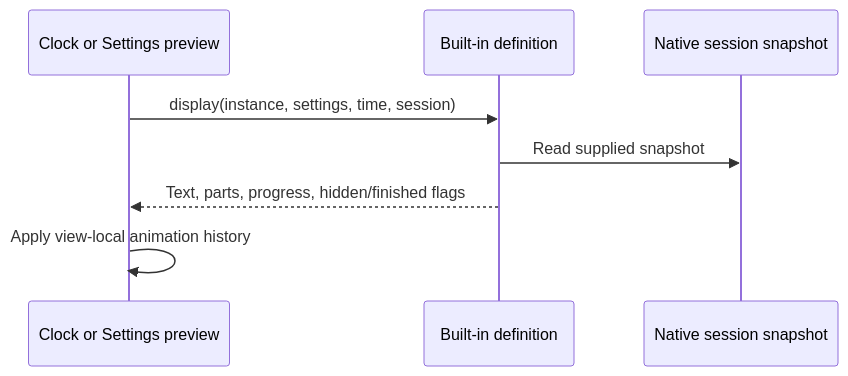
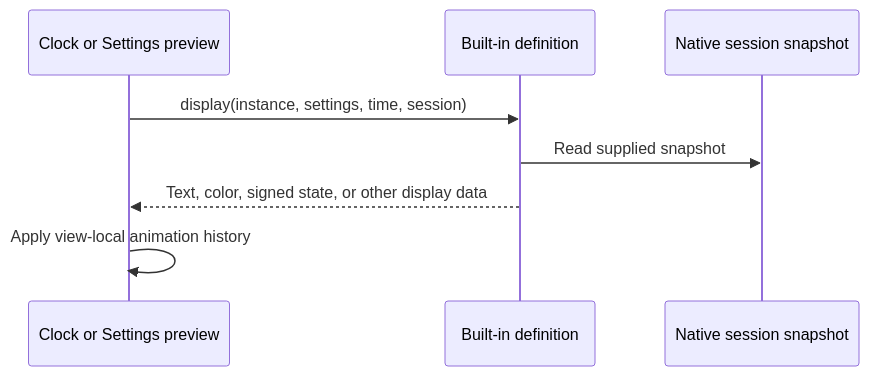
The second of 2 diagrams in src/addons/builtins/doc/workflow_diagram.md (tbkmax/TopClock), drawn with Mermaid before and after one commit. The commit also changed other lines of this file and 18 other files, not shown here.

````diff
--- a/src/addons/builtins/doc/workflow_diagram.md
+++ b/src/addons/builtins/doc/workflow_diagram.md
@@ -39,10 +39,10 @@
 ```mermaid
 sequenceDiagram
     participant Clock as Clock or Settings preview
     participant Registry as Built-in definition
     participant Native as Native session snapshot
     Clock->>Registry: display(instance, settings, time, session)
     Registry->>Native: Read supplied snapshot
-    Registry-->>Clock: Text, parts, progress, hidden/finished flags
+    Registry-->>Clock: Text, color, signed state, or other display data
     Clock->>Clock: Apply view-local animation history
 ```
````
